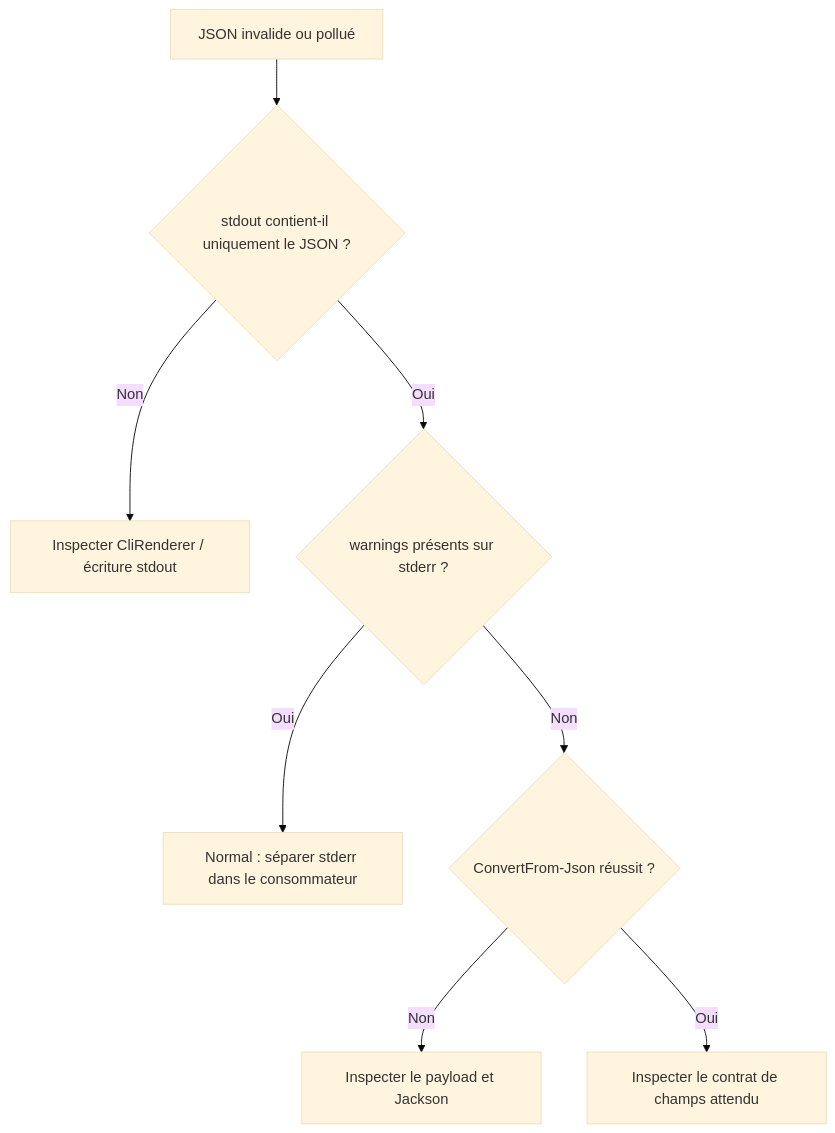
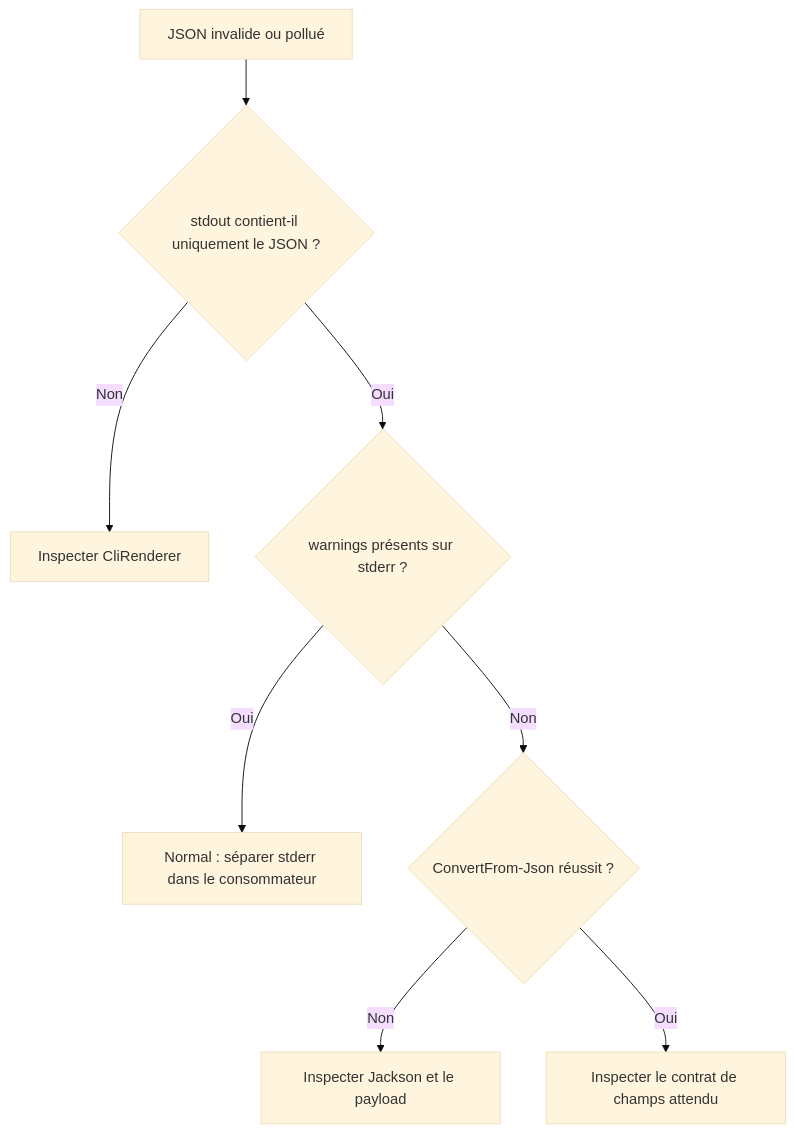
Before and after one commit to FTurleque/nexus-context-engine: the third of 3 diagrams in docs/developer/reproduce-and-debug.md, drawn with Mermaid (base theme). The commit also changed other lines of this file, not shown here.

````diff
--- a/docs/developer/reproduce-and-debug.md
+++ b/docs/developer/reproduce-and-debug.md
@@ -449,10 +485,10 @@
 ```mermaid
 flowchart TD
     A[JSON invalide ou pollué] --> B{stdout contient-il uniquement le JSON ?}
-    B -- Non --> C[Inspecter CliRenderer / écriture stdout]
+    B -- Non --> C[Inspecter CliRenderer]
     B -- Oui --> D{warnings présents sur stderr ?}
     D -- Oui --> E[Normal : séparer stderr dans le consommateur]
     D -- Non --> F{ConvertFrom-Json réussit ?}
-    F -- Non --> G[Inspecter le payload et Jackson]
+    F -- Non --> G[Inspecter Jackson et le payload]
     F -- Oui --> H[Inspecter le contrat de champs attendu]
 ```
````
